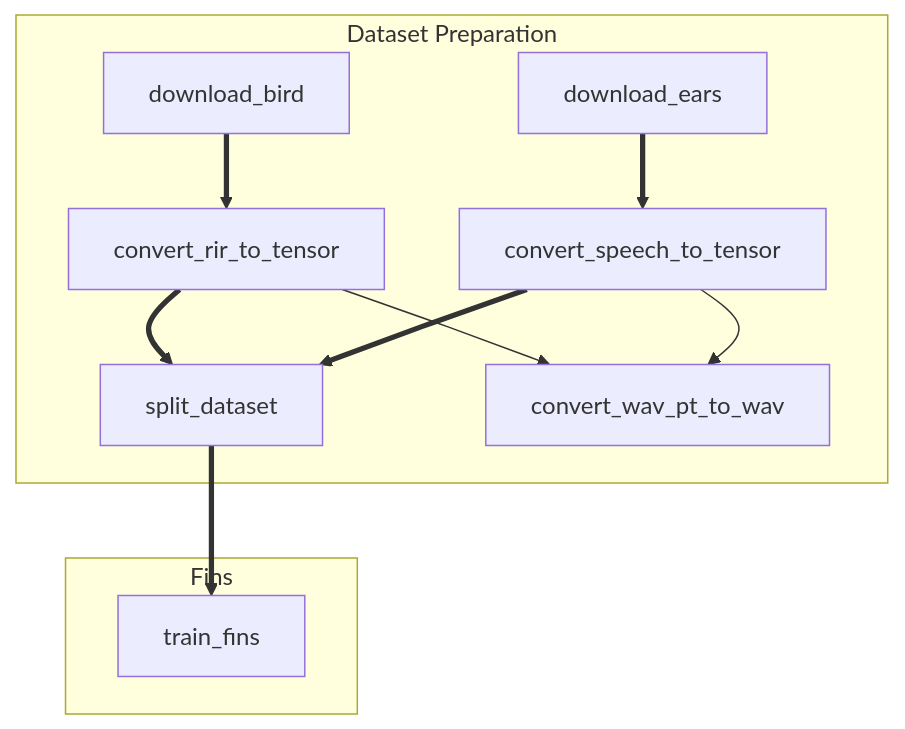
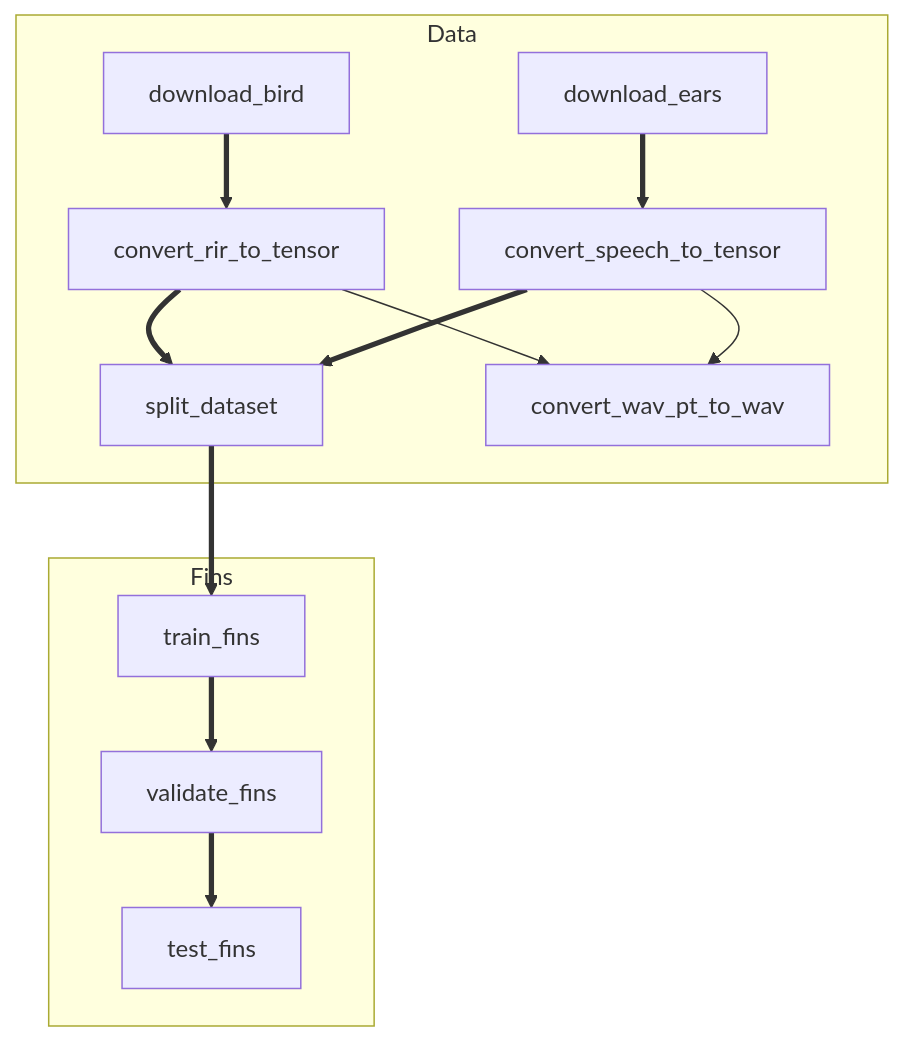
The diagram in README.md (yueyinqiu/Dereverbic-Legacy), drawn with Mermaid before and after one commit. The commit also changed other lines of this file, not shown here.

````diff
--- a/README.md
+++ b/README.md
@@ -29,20 +29,20 @@
 ```mermaid
 flowchart TB
 
-subgraph Dataset Preparation
-    download_bird
+subgraph Data
     download_bird ==> convert_rir_to_tensor
     convert_rir_to_tensor ==> split_dataset
 
-    download_ears
     download_ears ==> convert_speech_to_tensor
     convert_speech_to_tensor ==> split_dataset
 
     convert_rir_to_tensor --> convert_wav_pt_to_wav
     convert_speech_to_tensor --> convert_wav_pt_to_wav
 end
 
 subgraph Fins
     split_dataset ==> train_fins
+    train_fins ==> validate_fins
+    validate_fins ==> test_fins
 end
 ```
````
